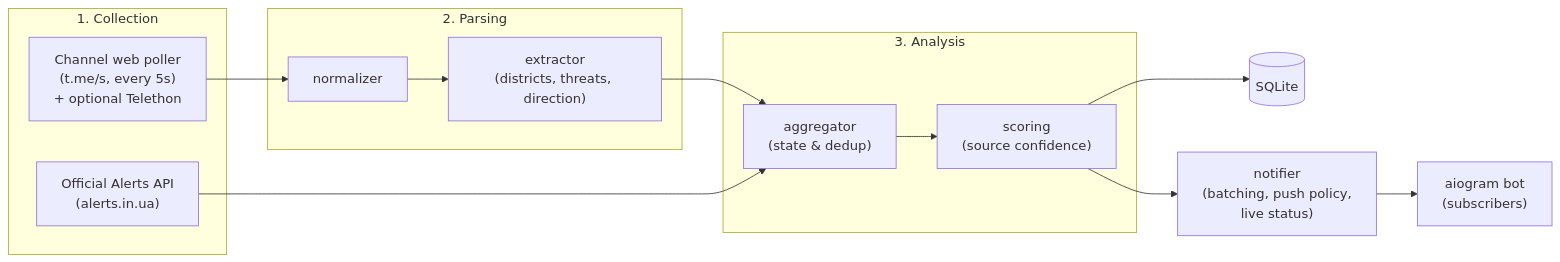
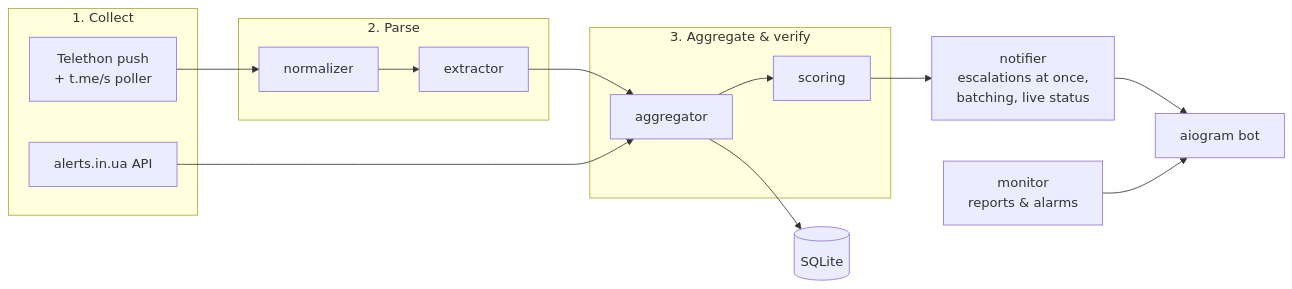
Before and after one commit to Skerpsh/Peace: the diagram in README.md, drawn with Mermaid. The commit also changed other lines of this file and 10 other files, not shown here.

````diff
--- a/README.md
+++ b/README.md
@@ -40,21 +134,24 @@
 ```mermaid
 flowchart LR
-    subgraph Collect["1. Collection"]
-        TG["Channel web poller<br/>(t.me/s, every 5s)<br/>+ optional Telethon"]
-        API["Official Alerts API<br/>(alerts.in.ua)"]
+    subgraph Collect["1. Collect"]
+        TG["Telethon push<br/>+ t.me/s poller"]
+        API["alerts.in.ua API"]
     end
-    subgraph Parse["2. Parsing"]
-        N["normalizer"] --> E["extractor<br/>(districts, threats, direction)"]
+    subgraph Parse["2. Parse"]
+        N["normalizer"] --> E["extractor"]
     end
-    subgraph Analyze["3. Analysis"]
-        AG["aggregator<br/>(state & dedup)"] --> SC["scoring<br/>(source confidence)"]
+    subgraph Analyze["3. Aggregate & verify"]
+        AG["aggregator"] --> SC["scoring"]
     end
+    NT["notifier<br/>escalations at once,<br/>batching, live status"]
+    BOT["aiogram bot"]
     DB[("SQLite")]
-    BOT["aiogram bot<br/>(subscribers)"]
+    MON["monitor<br/>reports & alarms"]
 
     TG --> N
     E --> AG
     API --> AG
-    SC --> DB
-    SC --> NT["notifier<br/>(batching, push policy,<br/>live status)"] --> BOT
+    SC --> NT --> BOT
+    AG --> DB
+    MON --> BOT
 ```
````
